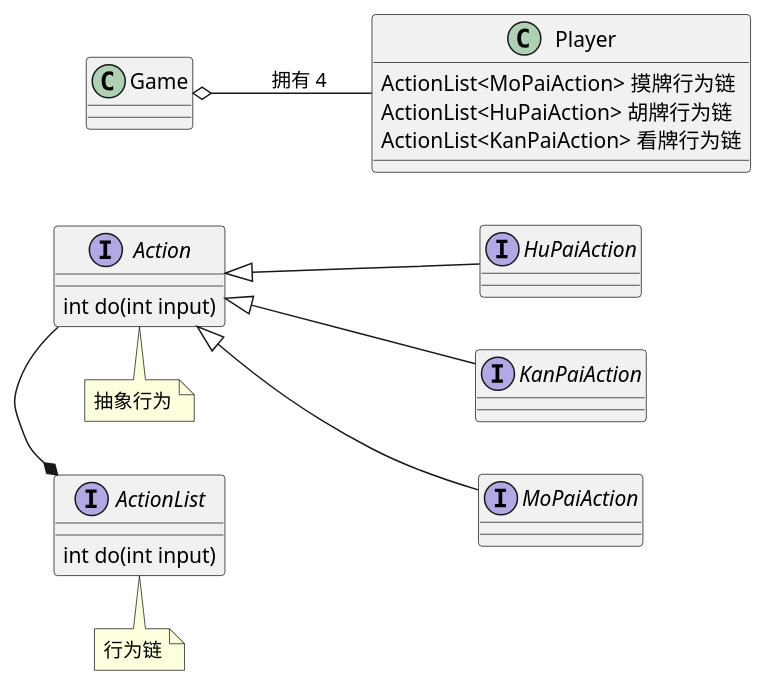
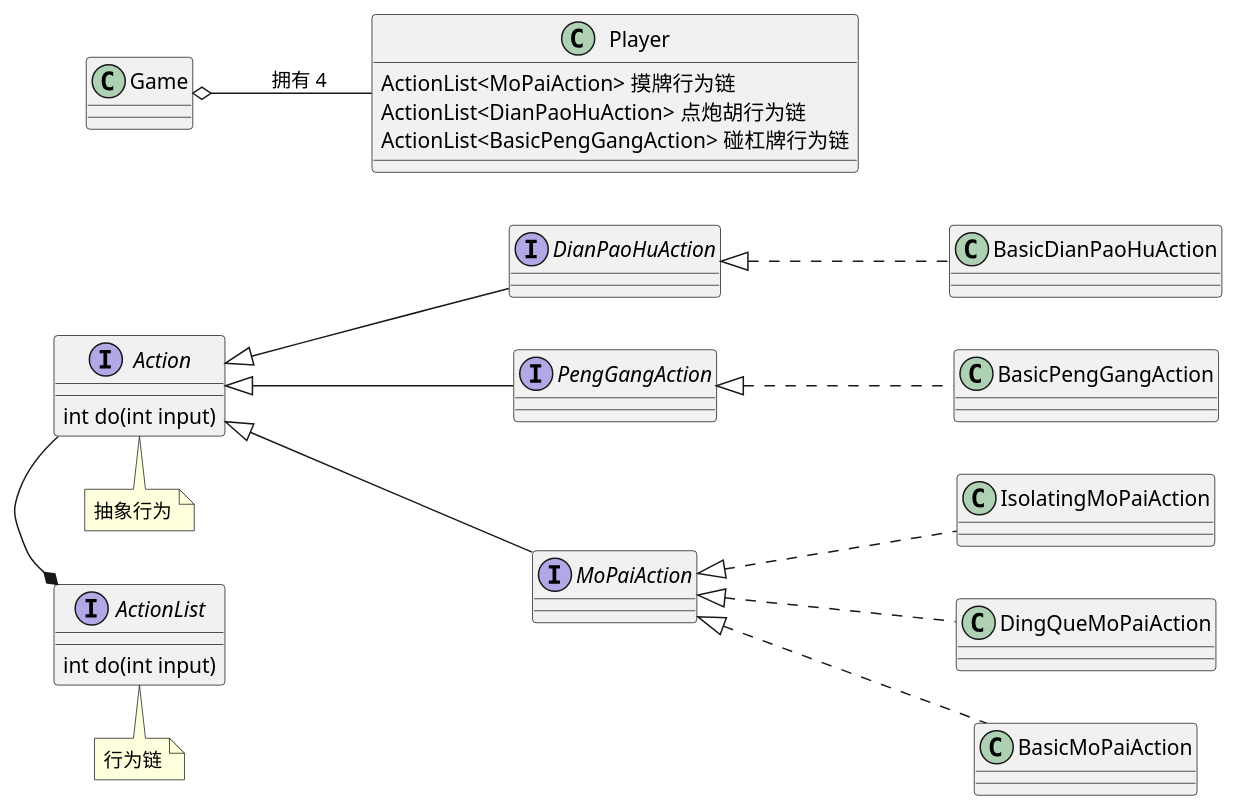
Before and after one commit to guci314/MaJiang: the diagram in src/main/java/com/guci/MaJiangGame/MaJiangGame.puml, drawn with PlantUML. The commit also changed 22 other files, not shown here.

```diff
--- a/src/main/java/com/guci/MaJiangGame/MaJiangGame.puml
+++ b/src/main/java/com/guci/MaJiangGame/MaJiangGame.puml
@@ -1,34 +1,41 @@
 @startuml
 'https://plantuml.com/class-diagram
 left to right direction
 
 together {
     class Game
     class Player{
         ActionList<MoPaiAction> 摸牌行为链
-        ActionList<HuPaiAction> 胡牌行为链
-        ActionList<KanPaiAction> 看牌行为链
+        ActionList<DianPaoHuAction> 点炮胡行为链
+        ActionList<BasicPengGangAction> 碰杠牌行为链
     }
     Game o-- Player:拥有 4
 }
 together {
     interface Action{
         int do(int input)
     }
     note top :  抽象行为
 
     interface ActionList{
         int do(int input)
     }
     note top :行为链
 
     ActionList *- Action
     interface MoPaiAction
-    interface KanPaiAction
-    interface HuPaiAction
+    interface PengGangAction
+    interface DianPaoHuAction
     Action <|-- MoPaiAction
-    Action <|-- KanPaiAction
-    Action <|-- HuPaiAction
+    Action <|-- PengGangAction
+    Action <|-- DianPaoHuAction
+
+    class BasicMoPaiAction implements MoPaiAction
+    class DingQueMoPaiAction implements MoPaiAction
+    class IsolatingMoPaiAction implements MoPaiAction
+    class BasicPengGangAction implements PengGangAction
+    class BasicDianPaoHuAction implements DianPaoHuAction
+
 }
 
 @enduml
```
